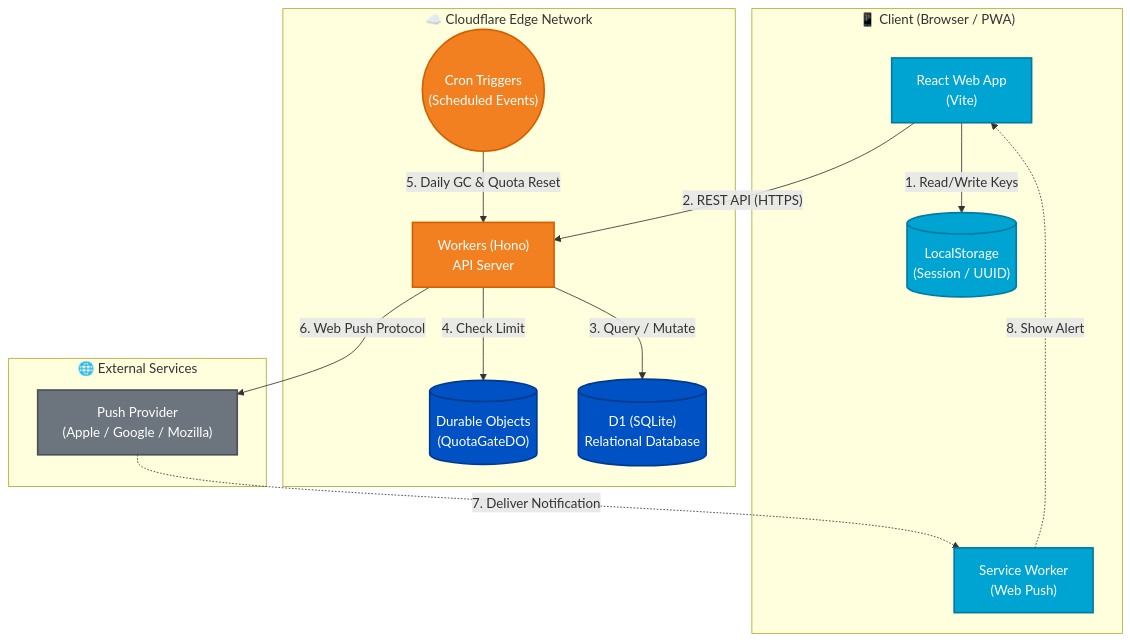
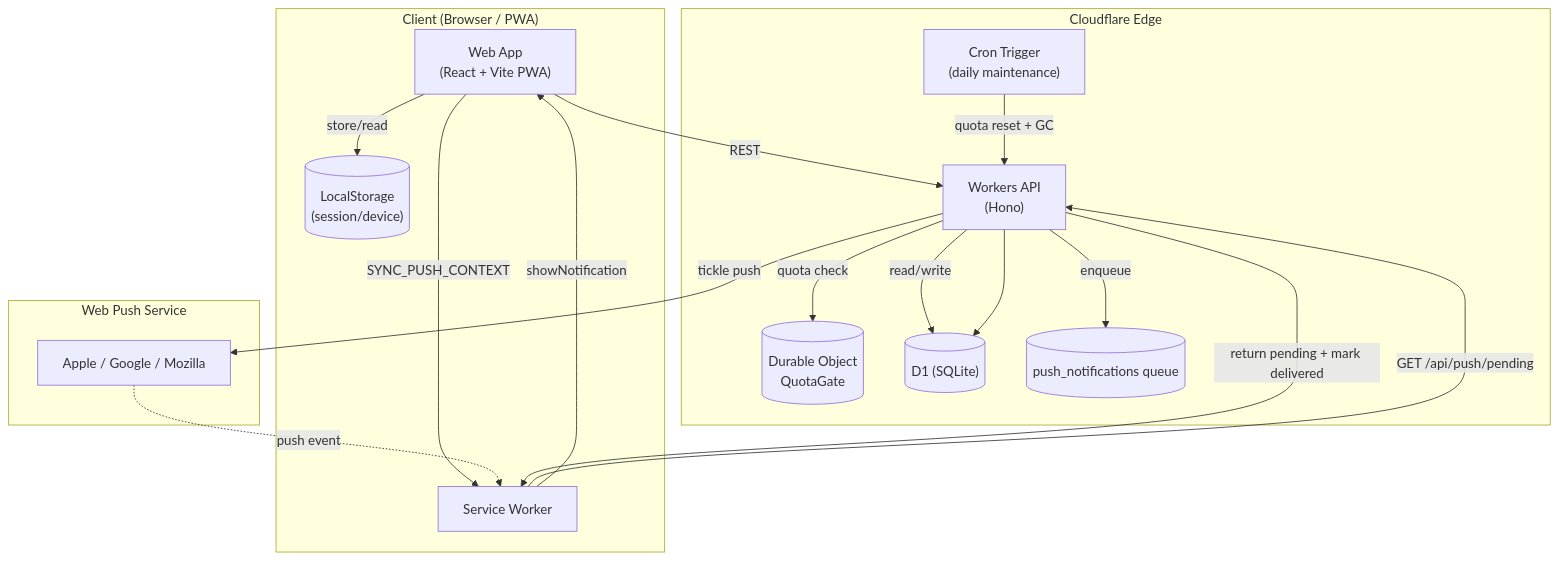
Before and after one commit to brightcat1/renrakun: the diagram in README.en.md, drawn with Mermaid. The commit also changed other lines of this file and 11 other files, not shown here.

Commit message:
feat: implement tickle push and background fetch via Service Worker

````diff
--- a/README.en.md
+++ b/README.en.md
@@ -18,43 +23,37 @@
 ```mermaid
 graph TD
-    subgraph Client ["📱 Client (Browser / PWA)"]
-        UI["React Web App<br/>(Vite)"]
-        LS[("LocalStorage<br/>(Session / UUID)")]
-        SW["Service Worker<br/>(Web Push)"]
-    end
+  subgraph Client["Client (Browser / PWA)"]
+    UI["Web App\n(React + Vite PWA)"]
+    SW["Service Worker"]
+    LS[("LocalStorage\n(session/device)")]
+  end
 
-    subgraph Cloudflare ["☁️ Cloudflare Edge Network"]
-        API["Workers (Hono)<br/>API Server"]
-        DO[("Durable Objects<br/>(QuotaGateDO)")]
-        DB[("D1 (SQLite)<br/>Relational Database")]
-        CRON(("Cron Triggers<br/>(Scheduled Events)"))
-    end
+  subgraph Edge["Cloudflare Edge"]
+    API["Workers API\n(Hono)"]
+    DO[("Durable Object\nQuotaGate")]
+    DB[("D1 (SQLite)")]
+    Q[("push_notifications queue")]
+    CRON["Cron Trigger\n(daily maintenance)"]
+  end
 
-    subgraph External ["🌐 External Services"]
-        PushService["Push Provider<br/>(Apple / Google / Mozilla)"]
-    end
+  subgraph Push["Web Push Service"]
+    PS["Apple / Google / Mozilla"]
+  end
 
-    %% Client Interactions
-    UI -- "1. Read/Write Keys" --> LS
-    UI -- "2. REST API (HTTPS)" --> API
-    
-    %% Backend Interactions
-    API -- "3. Query / Mutate" --> DB
-    API -- "4. Check Limit" --> DO
-    CRON -- "5. Daily GC & Quota Reset" --> API
-    
-    %% Push Notification Flow
-    API -- "6. Web Push Protocol" --> PushService
-    PushService -. "7. Deliver Notification" .-> SW
-    SW -. "8. Show Alert" .-> UI
+  UI -->|REST| API
+  UI -->|store/read| LS
+  UI -->|SYNC_PUSH_CONTEXT| SW
 
-    classDef cf fill:#f38020,stroke:#d36000,stroke-width:2px,color:white;
-    classDef client fill:#00a4d3,stroke:#007b9f,stroke-width:2px,color:white;
-    classDef ext fill:#6c757d,stroke:#495057,stroke-width:2px,color:white;
-    classDef db fill:#0051c3,stroke:#003a8c,stroke-width:2px,color:white;
+  API -->|read/write| DB
+  API -->|quota check| DO
+  API -->|enqueue| Q
+  API -->|tickle push| PS
 
-    class API,CRON cf;
-    class DB,DO db;
-    class UI,LS,SW client;
-    class PushService ext;
+  PS -.->|push event| SW
+  SW -->|GET /api/push/pending| API
+  API -->|return pending + mark delivered| SW
+  SW -->|showNotification| UI
+
+  CRON -->|quota reset + GC| API
+  API --> DB
 ```
````
